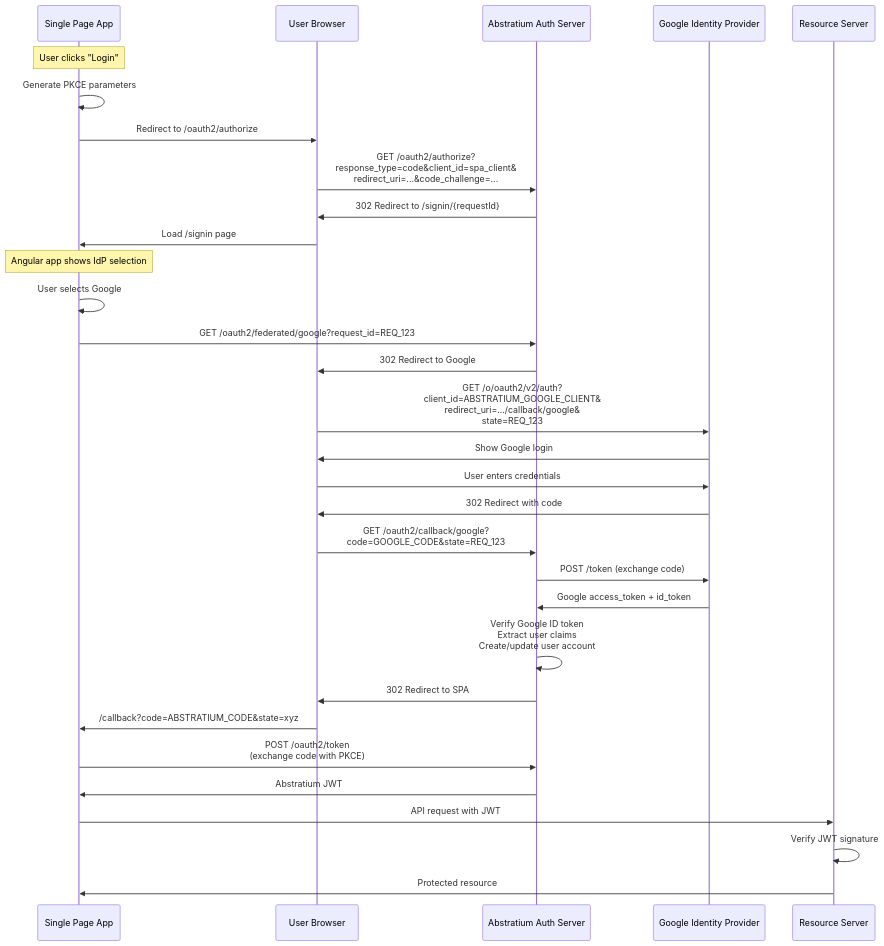
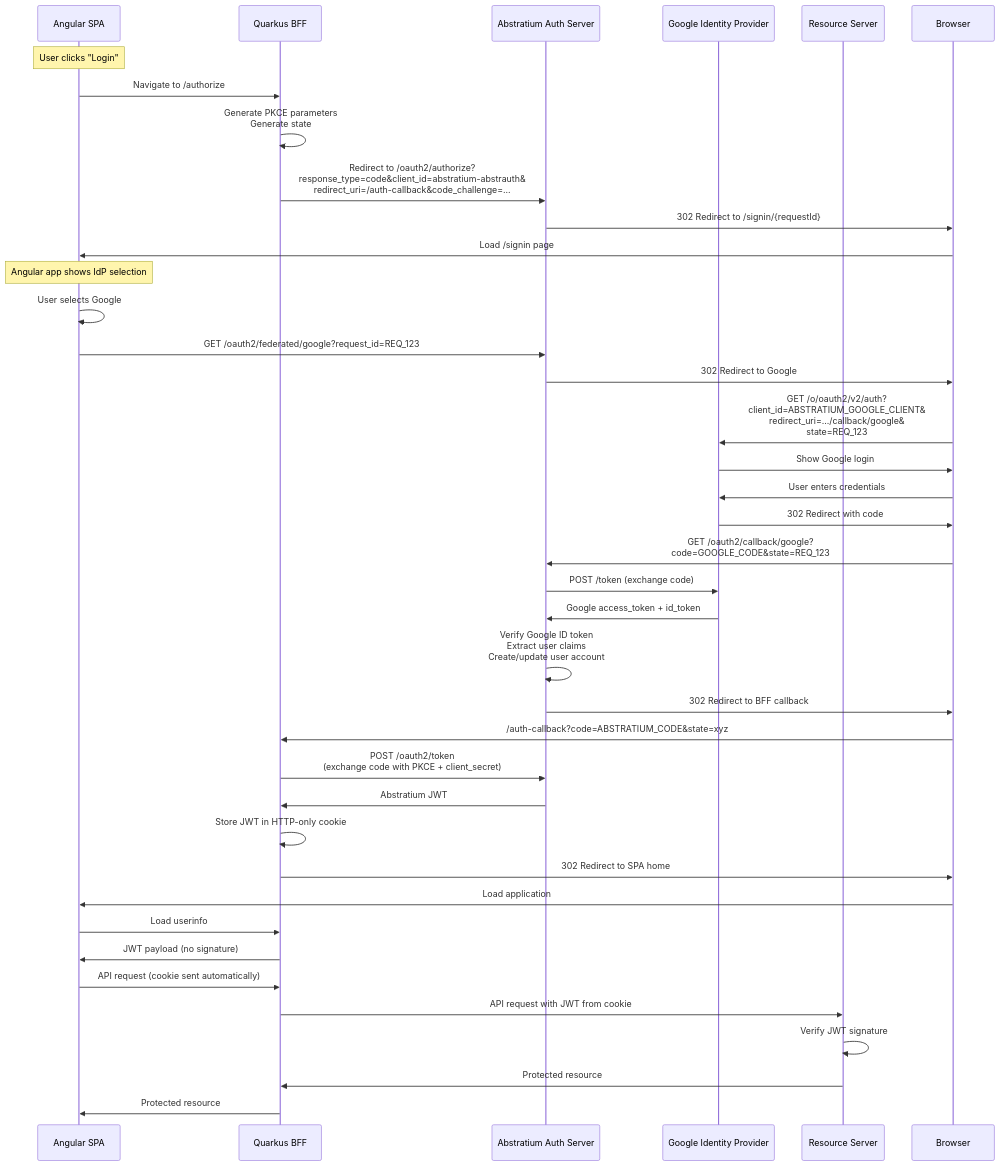
Before and after one commit to abstratium-dev/abstrauth: the second of 4 diagrams in docs/oauth/FEDERATED_LOGIN.md, drawn with Mermaid. The commit also changed other lines of this file and 46 other files, not shown here.

````diff
--- a/docs/oauth/FEDERATED_LOGIN.md
+++ b/docs/oauth/FEDERATED_LOGIN.md
@@ -80,44 +90,52 @@
 ```mermaid
 sequenceDiagram
-    participant SPA as Single Page App
-    participant Browser as User Browser
+    participant SPA as Angular SPA
+    participant BFF as Quarkus BFF
     participant AuthServer as Abstratium Auth Server
     participant Google as Google Identity Provider
     participant ResourceServer as Resource Server
 
     Note over SPA: User clicks "Login"
     
-    SPA->>SPA: Generate PKCE parameters
-    SPA->>Browser: Redirect to /oauth2/authorize
-    Browser->>AuthServer: GET /oauth2/authorize?<br/>response_type=code&client_id=spa_client&<br/>redirect_uri=...&code_challenge=...
+    SPA->>BFF: Navigate to /authorize
+    BFF->>BFF: Generate PKCE parameters<br/>Generate state
+    BFF->>AuthServer: Redirect to /oauth2/authorize?<br/>response_type=code&client_id=abstratium-abstrauth&<br/>redirect_uri=/auth-callback&code_challenge=...
     
     AuthServer->>Browser: 302 Redirect to /signin/{requestId}
     Browser->>SPA: Load /signin page
     
     Note over SPA: Angular app shows IdP selection
     SPA->>SPA: User selects Google
     SPA->>AuthServer: GET /oauth2/federated/google?request_id=REQ_123
     
     AuthServer->>Browser: 302 Redirect to Google
     Browser->>Google: GET /o/oauth2/v2/auth?<br/>client_id=ABSTRATIUM_GOOGLE_CLIENT&<br/>redirect_uri=.../callback/google&<br/>state=REQ_123
     
     Google->>Browser: Show Google login
     Browser->>Google: User enters credentials
     Google->>Browser: 302 Redirect with code
     Browser->>AuthServer: GET /oauth2/callback/google?<br/>code=GOOGLE_CODE&state=REQ_123
     
     AuthServer->>Google: POST /token (exchange code)
     Google->>AuthServer: Google access_token + id_token
     
     AuthServer->>AuthServer: Verify Google ID token<br/>Extract user claims<br/>Create/update user account
     
-    AuthServer->>Browser: 302 Redirect to SPA
-    Browser->>SPA: /callback?code=ABSTRATIUM_CODE&state=xyz
+    AuthServer->>Browser: 302 Redirect to BFF callback
+    Browser->>BFF: /auth-callback?code=ABSTRATIUM_CODE&state=xyz
     
-    SPA->>AuthServer: POST /oauth2/token<br/>(exchange code with PKCE)
-    AuthServer->>SPA: Abstratium JWT
+    BFF->>AuthServer: POST /oauth2/token<br/>(exchange code with PKCE + client_secret)
+    AuthServer->>BFF: Abstratium JWT
+    BFF->>BFF: Store JWT in HTTP-only cookie
+    BFF->>Browser: 302 Redirect to SPA home
+    Browser->>SPA: Load application
     
-    SPA->>ResourceServer: API request with JWT
+    SPA->>BFF: Load userinfo
+    BFF->>SPA: JWT payload (no signature)
+    
+    SPA->>BFF: API request (cookie sent automatically)
+    BFF->>ResourceServer: API request with JWT from cookie
     ResourceServer->>ResourceServer: Verify JWT signature
-    ResourceServer->>SPA: Protected resource
+    ResourceServer->>BFF: Protected resource
+    BFF->>SPA: Protected resource
 ```
````
